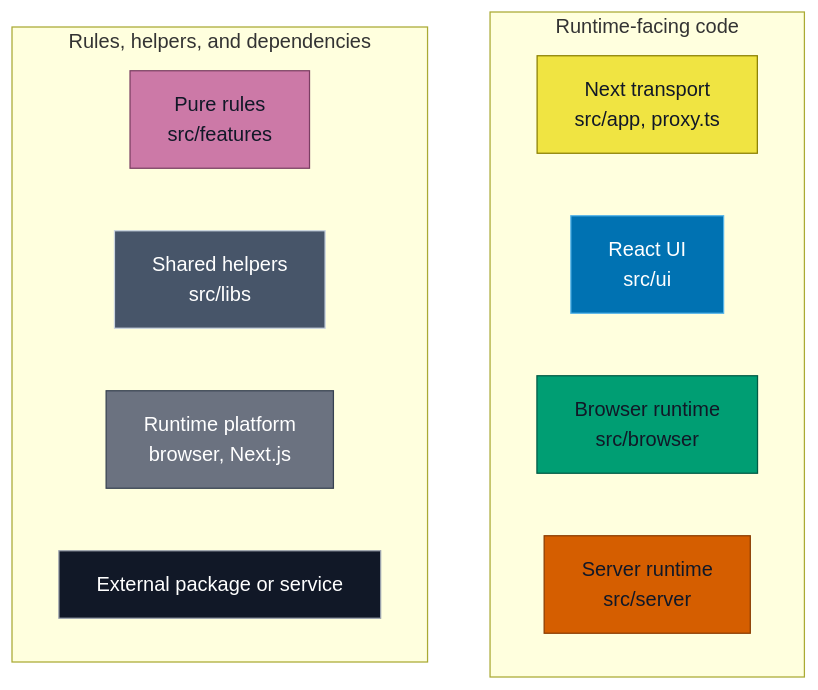
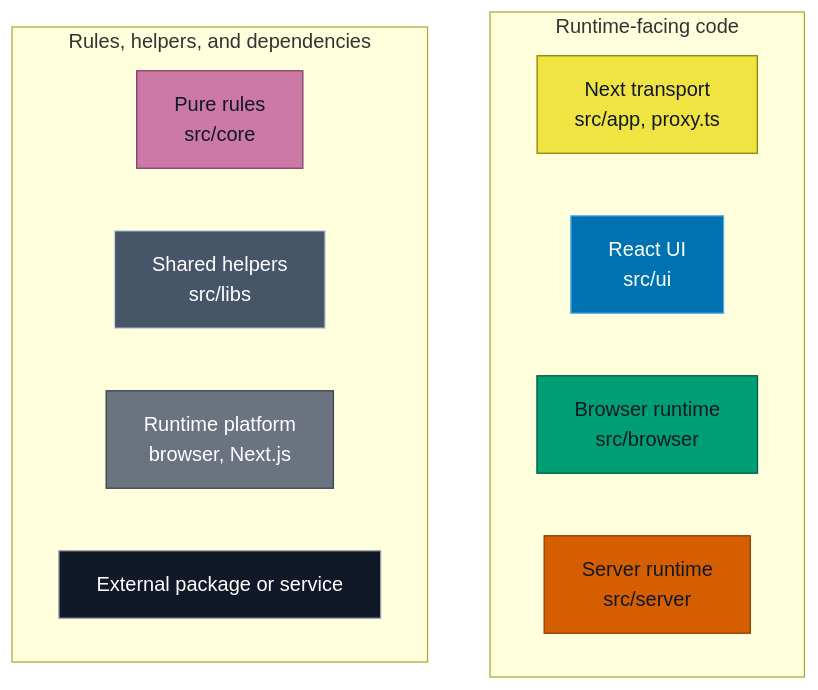
One commit to pubky/pubky-passport changed the first of 14 diagrams in FLOWS.md. Above: the diagram before and after it, drawn with Mermaid. The commit also changed other lines of this file and 83 other files, not shown here.

Commit message:
refactor: move feat into core; move browser logic closer to browser code and server logic to server code

````diff
--- a/FLOWS.md
+++ b/FLOWS.md
@@ -7,29 +7,29 @@
 ```mermaid
 flowchart TB
     accTitle: Runtime location color legend
-    accDescr: Colorblind-safe legend for Next transport, React UI, browser runtime, server runtime, pure features, shared libraries, runtime platforms, and external systems.
+    accDescr: Colorblind-safe legend for Next transport, React UI, browser runtime, server runtime, pure core, shared libraries, runtime platforms, and external systems.
     subgraph runtime[Runtime-facing code]
         direction LR
         transport["Next transport<br/>src/app, proxy.ts"]:::transport
         ui["React UI<br/>src/ui"]:::ui
         browser["Browser runtime<br/>src/browser"]:::browser
         server["Server runtime<br/>src/server"]:::server
     end
 
     subgraph supporting[Rules, helpers, and dependencies]
         direction LR
-        feature["Pure rules<br/>src/features"]:::feature
+        core["Pure rules<br/>src/core"]:::core
         libs["Shared helpers<br/>src/libs"]:::libs
         platform["Runtime platform<br/>browser, Next.js"]:::platform
         external["External package or service"]:::external
     end
 
     classDef transport fill:#F0E442,stroke:#8A7F00,color:#111827;
     classDef ui fill:#0072B2,stroke:#56B4E9,color:#fff;
     classDef browser fill:#009E73,stroke:#005A45,color:#111827;
     classDef server fill:#D55E00,stroke:#8A3C00,color:#111827;
-    classDef feature fill:#CC79A7,stroke:#7A3E62,color:#111827;
+    classDef core fill:#CC79A7,stroke:#7A3E62,color:#111827;
     classDef libs fill:#475569,stroke:#cbd5e1,color:#fff;
     classDef platform fill:#6B7280,stroke:#374151,color:#fff;
     classDef external fill:#111827,stroke:#9ca3af,color:#fff;
 ```
````
